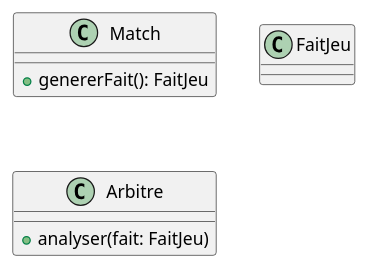
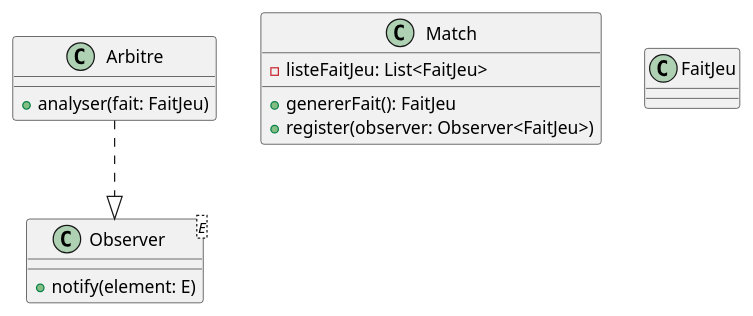
Before and after one commit to jandry/design-pattern: the diagram in src/uml/observer.puml, drawn with PlantUML. The commit also changed 4 other files, not shown here.

```diff
--- a/src/uml/observer.puml
+++ b/src/uml/observer.puml
@@ -1,13 +1,21 @@
 @startuml Observer
 
+class Observer<E> {
+    + notify(element: E)
+}
+
 class Match {
+    - listeFaitJeu: List<FaitJeu>
     + genererFait(): FaitJeu
+    + register(observer: Observer<FaitJeu>)
 }
 
 class FaitJeu
 
 class Arbitre {
     + analyser(fait: FaitJeu)
 }
 
+Arbitre..|>Observer
+
 @enduml
```
